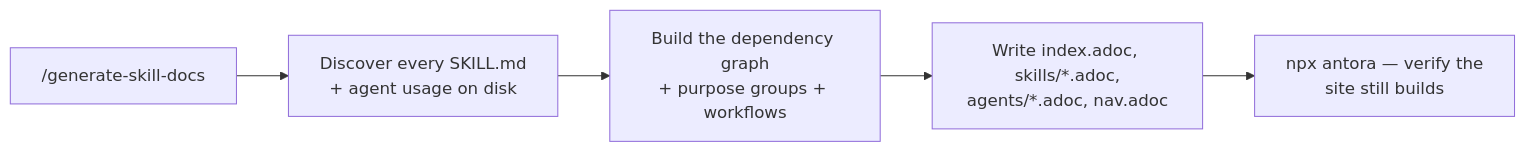
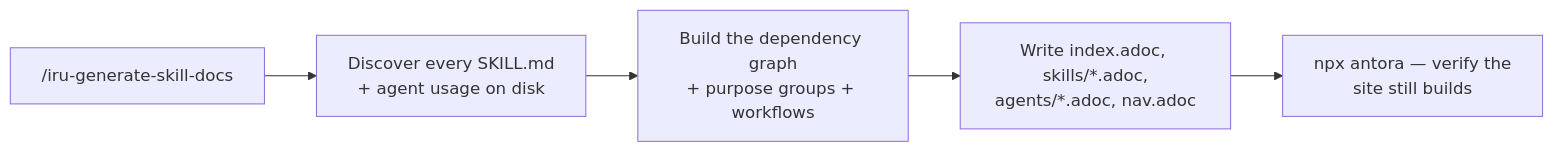
Before and after one commit to albertoirurueta/ai-catalog: the seventh of 7 diagrams in docs/modules/ROOT/pages/index.adoc, drawn with Mermaid. The commit also changed other lines of this file and 174 other files, not shown here.

```diff
--- a/docs/modules/ROOT/pages/index.adoc
+++ b/docs/modules/ROOT/pages/index.adoc
@@ -892,8 +897,8 @@
 [mermaid]
 ....
 flowchart LR
-    A["/generate-skill-docs"] --> B["Discover every SKILL.md\n+ agent usage on disk"]
+    A["/iru-generate-skill-docs"] --> B["Discover every SKILL.md\n+ agent usage on disk"]
     B --> C["Build the dependency graph\n+ purpose groups + workflows"]
     C --> D["Write index.adoc, skills/*.adoc,\nagents/*.adoc, nav.adoc"]
     D --> E["npx antora — verify the\nsite still builds"]
 ....
```
